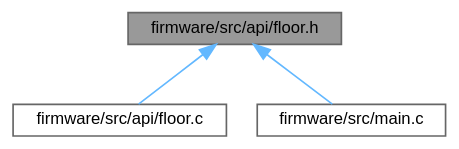
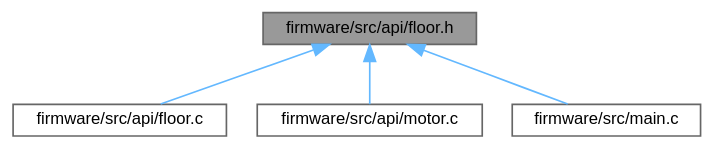
The diagram in dev/floor_8h__dep__incl.dot (Ghaadyy/elevator-controller), drawn with Graphviz before and after one commit. The commit also changed 95 other files, not shown here.

```diff
--- a/dev/floor_8h__dep__incl.dot
+++ b/dev/floor_8h__dep__incl.dot
@@ -1,12 +1,14 @@
 digraph "firmware/src/api/floor.h"
 {
  // LATEX_PDF_SIZE
   bgcolor="transparent";
   edge [fontname=Helvetica,fontsize=10,labelfontname=Helvetica,labelfontsize=10];
   node [fontname=Helvetica,fontsize=10,shape=box,height=0.2,width=0.4];
   Node1 [id="Node000001",label="firmware/src/api/floor.h",height=0.2,width=0.4,color="gray40", fillcolor="grey60", style="filled", fontcolor="black",tooltip="The API to access the elevator's floor state."];
   Node1 -> Node2 [id="edge1_Node000001_Node000002",dir="back",color="steelblue1",style="solid",tooltip=" "];
   Node2 [id="Node000002",label="firmware/src/api/floor.c",height=0.2,width=0.4,color="grey40", fillcolor="white", style="filled",URL="$floor_8c.html",tooltip="Implementation of the floor monitor API."];
   Node1 -> Node3 [id="edge2_Node000001_Node000003",dir="back",color="steelblue1",style="solid",tooltip=" "];
-  Node3 [id="Node000003",label="firmware/src/main.c",height=0.2,width=0.4,color="grey40", fillcolor="white", style="filled",URL="$main_8c.html",tooltip=" "];
+  Node3 [id="Node000003",label="firmware/src/api/motor.c",height=0.2,width=0.4,color="grey40", fillcolor="white", style="filled",URL="$motor_8c.html",tooltip=" "];
+  Node1 -> Node4 [id="edge3_Node000001_Node000004",dir="back",color="steelblue1",style="solid",tooltip=" "];
+  Node4 [id="Node000004",label="firmware/src/main.c",height=0.2,width=0.4,color="grey40", fillcolor="white", style="filled",URL="$main_8c.html",tooltip=" "];
 }
```
